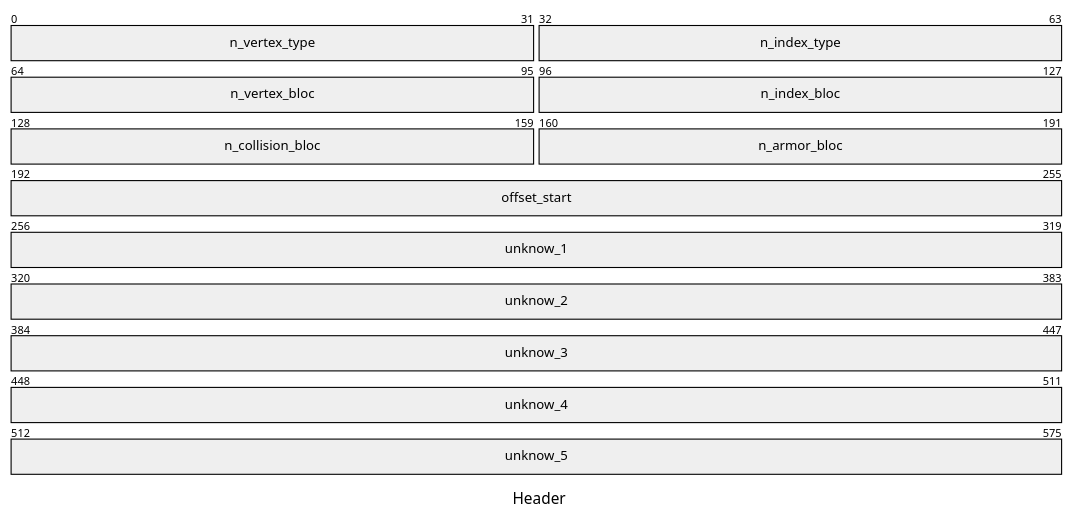
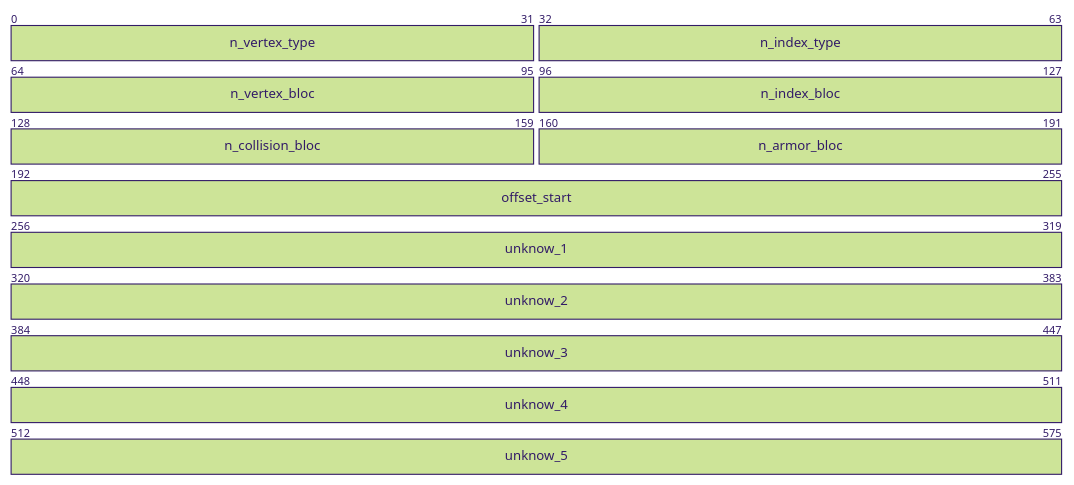
The diagram in FORMAT.md (wows-tools/wows-geometry), drawn with Mermaid before and after one commit.

````diff
--- a/FORMAT.md
+++ b/FORMAT.md
@@ -36,19 +36,16 @@
 ```mermaid
----
-title: "Header"
----
-%%{init: { 'theme': 'helpers', 'config': {'bitsPerRow': 64, 'bitWidth': 15}}}%%
+%%{init: { 'theme': 'forest', 'config': {'bitsPerRow': 64, 'bitWidth': 15}}}%%
 packet-beta
 0-31: "n_vertex_type"
 32-63: "n_index_type"
 64-95: "n_vertex_bloc"
 96-127: "n_index_bloc"
 128-159: "n_collision_bloc"
 160-191: "n_armor_bloc"
 192-255: "offset_start"
 256-319: "unknow_1"
 320-383: "unknow_2"
 384-447: "unknow_3"
 448-511: "unknow_4"
 512-575: "unknow_5"
 ```
````
